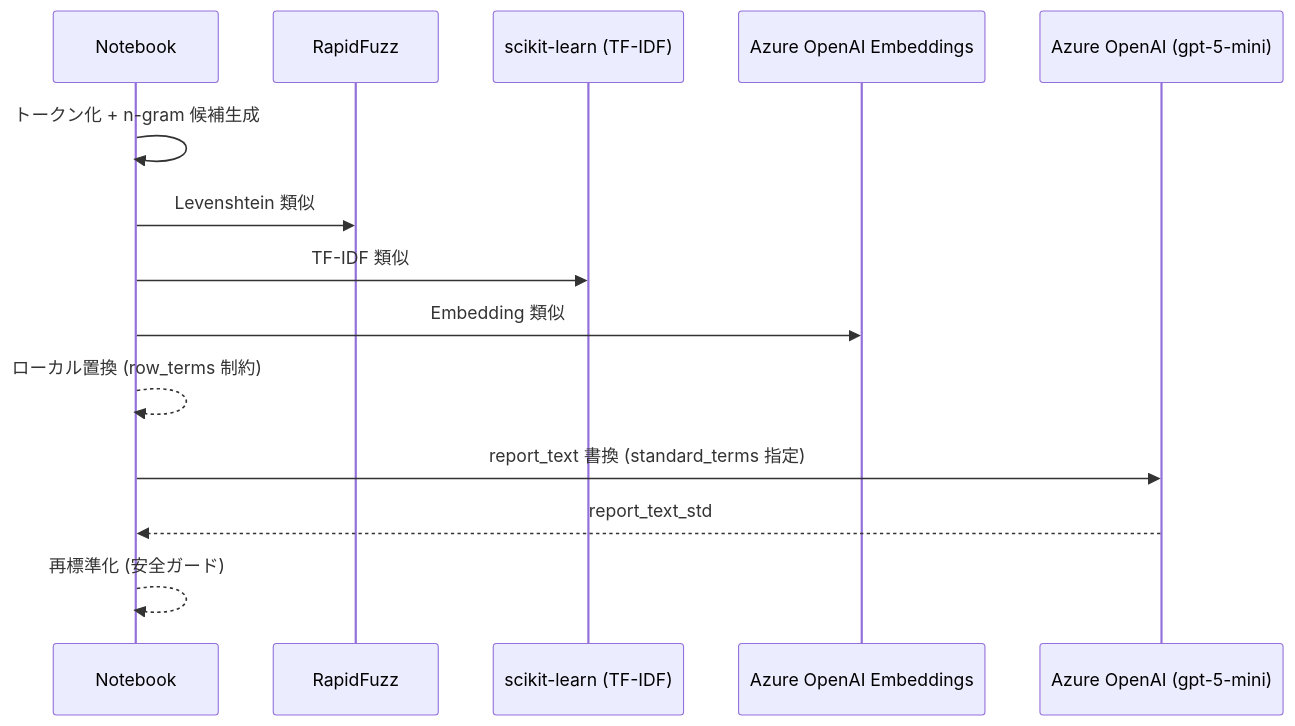
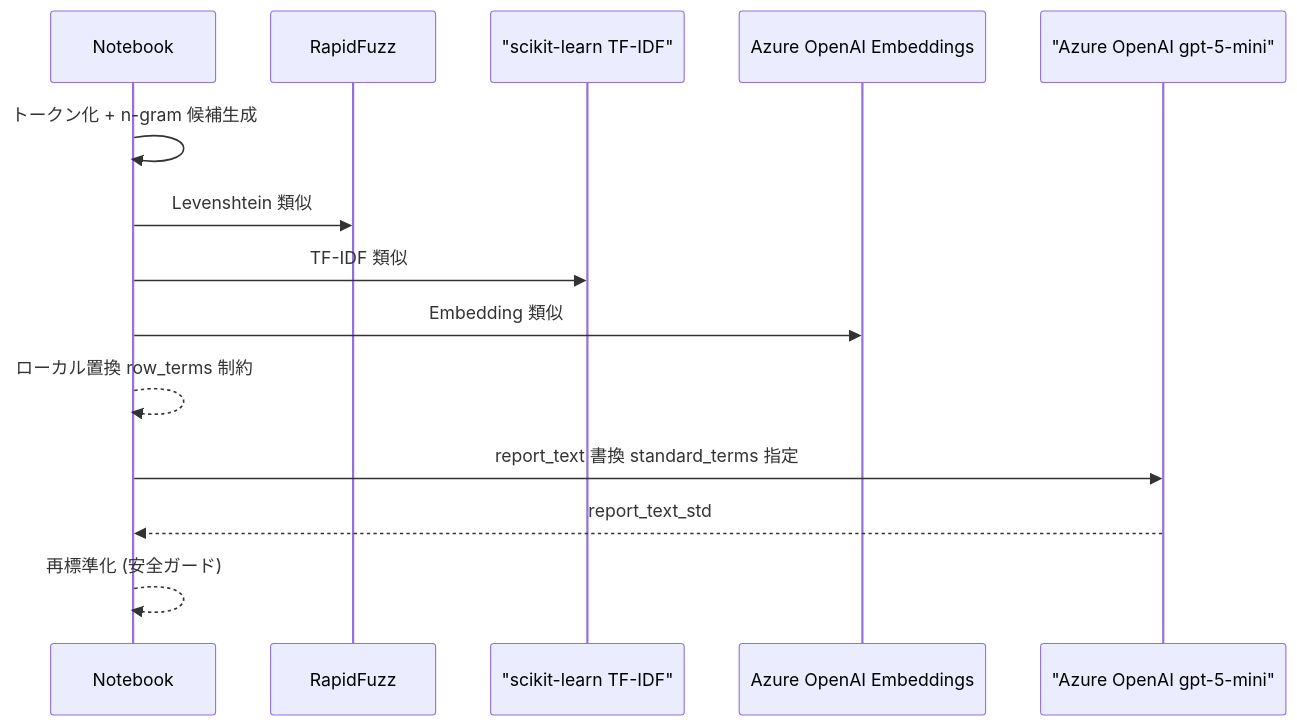
Before and after one commit to kiwiiosaru-jp/shinkijigyou_AI_Agent_demo: the fourth of 8 diagrams in feasibility_master_generation_design.md, drawn with Mermaid. The commit also changed other lines of this file, not shown here.

````diff
--- a/feasibility_master_generation_design.md
+++ b/feasibility_master_generation_design.md
@@ -197,17 +197,17 @@
 ```mermaid
 sequenceDiagram
     participant NB as Notebook
     participant RF as RapidFuzz
-    participant SK as scikit-learn (TF-IDF)
+    participant SK as "scikit-learn TF-IDF"
     participant EMB as Azure OpenAI Embeddings
-    participant AOAI as Azure OpenAI (gpt-5-mini)
+    participant AOAI as "Azure OpenAI gpt-5-mini"
 
     NB->>NB: トークン化 + n-gram 候補生成
     NB->>RF: Levenshtein 類似
     NB->>SK: TF-IDF 類似
     NB->>EMB: Embedding 類似
-    NB-->>NB: ローカル置換 (row_terms 制約)
-    NB->>AOAI: report_text 書換 (standard_terms 指定)
+    NB-->>NB: ローカル置換 row_terms 制約
+    NB->>AOAI: report_text 書換 standard_terms 指定
     AOAI-->>NB: report_text_std
     NB-->>NB: 再標準化 (安全ガード)
 ```
````
